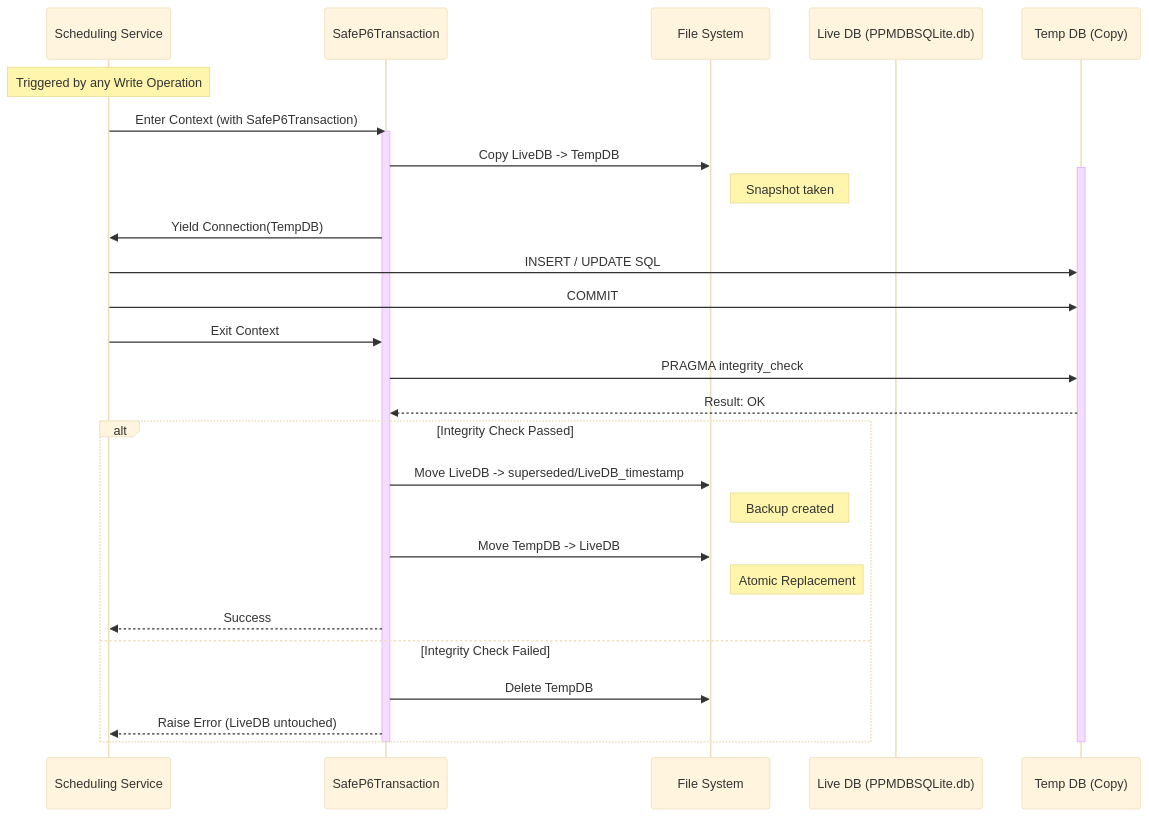
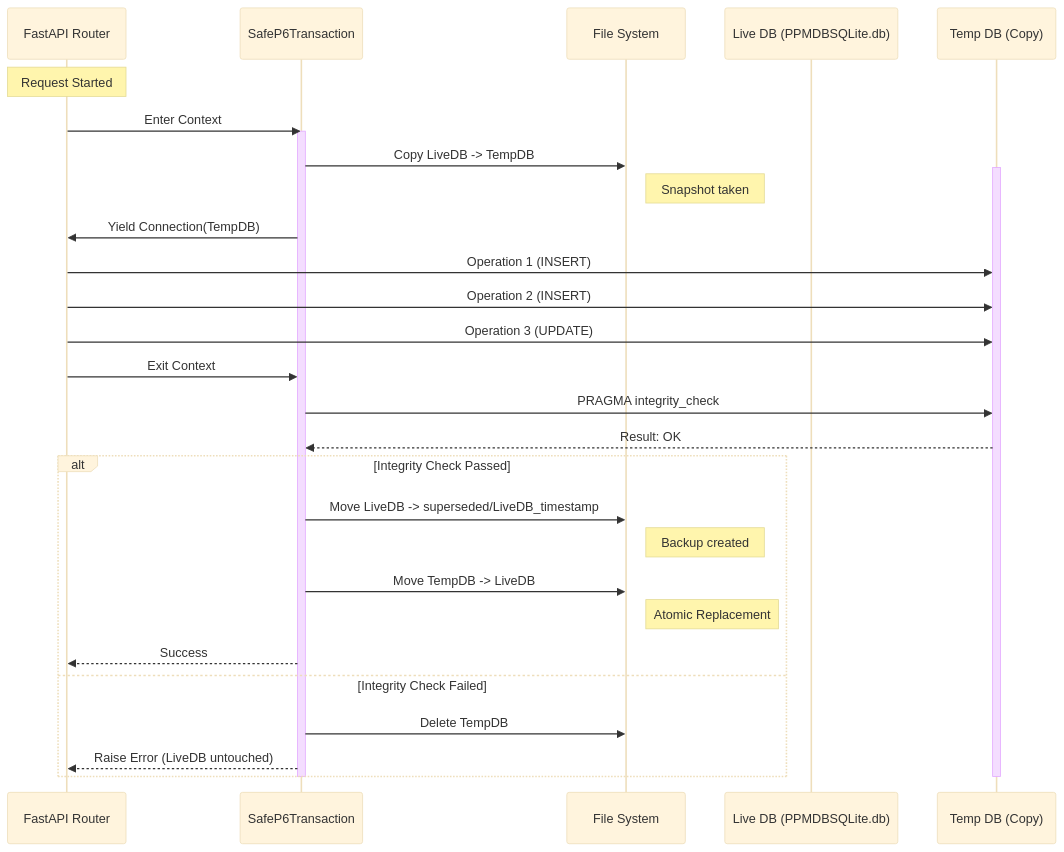
Before and after one commit to lognos/lognos_scheduler: the second of 2 diagrams in workflow.md, drawn with Mermaid (base theme). The commit also changed other lines of this file and 12 other files, not shown here.

First line of the commit message:
feat: Implement session-level transactions in SchedulingService for improved performance

````diff
--- a/workflow.md
+++ b/workflow.md
@@ -58,43 +72,44 @@
 ```mermaid
 sequenceDiagram
-    participant Service as Scheduling Service
+    participant API as FastAPI Router
     participant SafeDB as SafeP6Transaction
     participant FS as File System
     participant LiveDB as Live DB (PPMDBSQLite.db)
     participant TempDB as Temp DB (Copy)
 
-    Note over Service: Triggered by any Write Operation
+    Note over API: Request Started
 
-    Service->>SafeDB: Enter Context (with SafeP6Transaction)
+    API->>SafeDB: Enter Context
     activate SafeDB
     
     %% 1. Copy
     SafeDB->>FS: Copy LiveDB -> TempDB
     activate TempDB
     Note right of FS: Snapshot taken
     
-    %% 2. Modify
-    SafeDB->>Service: Yield Connection(TempDB)
-    Service->>TempDB: INSERT / UPDATE SQL
-    Service->>TempDB: COMMIT
+    %% 2. Modify (Multiple Operations)
+    SafeDB->>API: Yield Connection(TempDB)
+    API->>TempDB: Operation 1 (INSERT)
+    API->>TempDB: Operation 2 (INSERT)
+    API->>TempDB: Operation 3 (UPDATE)
     
     %% 3. Check
-    Service->>SafeDB: Exit Context
+    API->>SafeDB: Exit Context
     SafeDB->>TempDB: PRAGMA integrity_check
     TempDB-->>SafeDB: Result: OK
     
     alt Integrity Check Passed
         %% 4. Backup & Replace
         SafeDB->>FS: Move LiveDB -> superseded/LiveDB_timestamp
         Note right of FS: Backup created
         SafeDB->>FS: Move TempDB -> LiveDB
         Note right of FS: Atomic Replacement
-        SafeDB-->>Service: Success
+        SafeDB-->>API: Success
     else Integrity Check Failed
         SafeDB->>FS: Delete TempDB
-        SafeDB-->>Service: Raise Error (LiveDB untouched)
+        SafeDB-->>API: Raise Error (LiveDB untouched)
     end
     
     deactivate TempDB
     deactivate SafeDB
 ```
````
